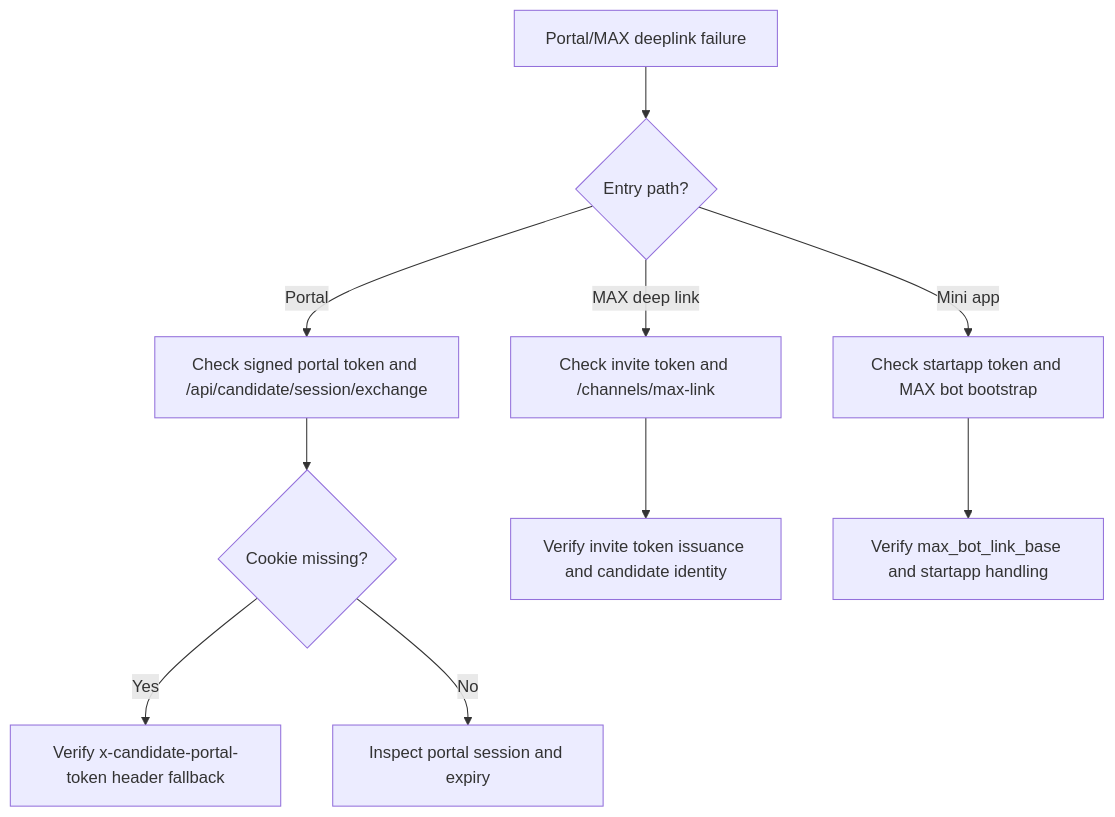
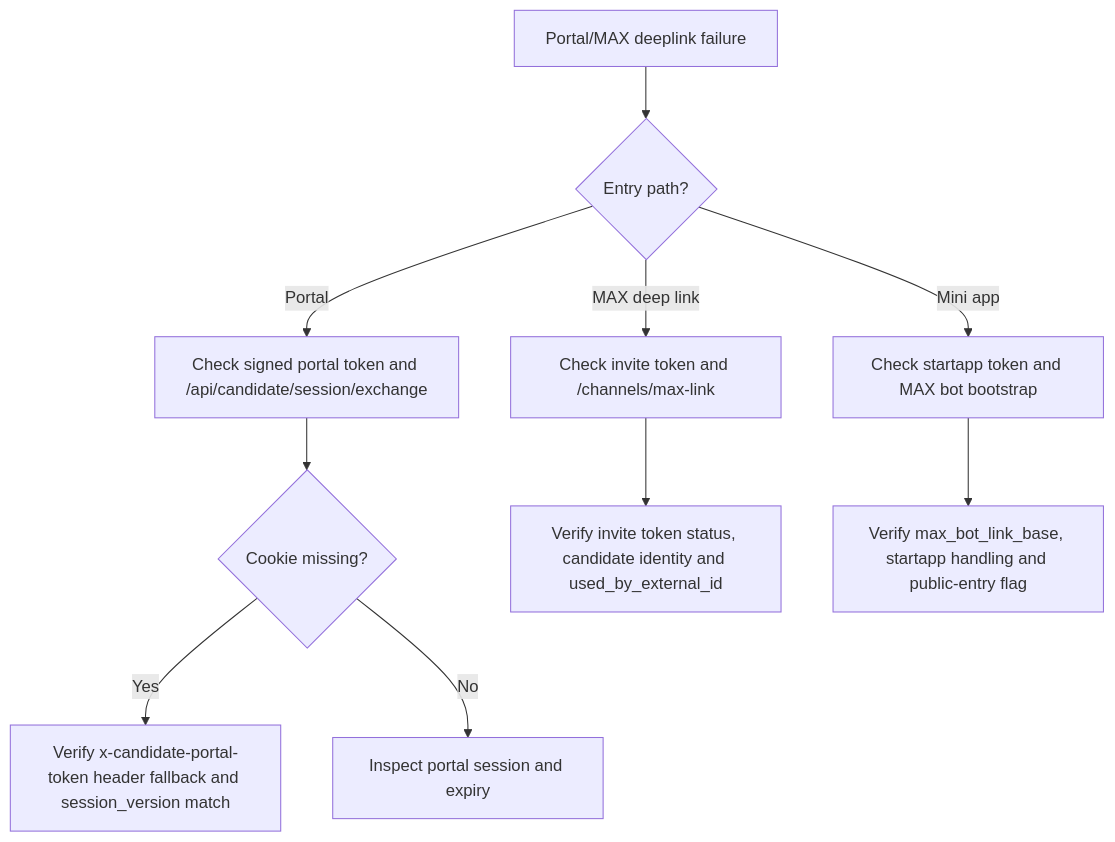
One commit to padka/HR changed the diagram in docs/runbooks/portal-max-deeplink-failure.md. Above: the diagram before and after it, drawn with Mermaid. The commit also changed other lines of this file and 18 other files, not shown here.

````diff
--- a/docs/runbooks/portal-max-deeplink-failure.md
+++ b/docs/runbooks/portal-max-deeplink-failure.md
@@ -55,12 +60,12 @@
 ```mermaid
 flowchart TD
   A["Portal/MAX deeplink failure"] --> B{"Entry path?"}
   B -->|Portal| C["Check signed portal token and /api/candidate/session/exchange"]
   B -->|MAX deep link| D["Check invite token and /channels/max-link"]
   B -->|Mini app| E["Check startapp token and MAX bot bootstrap"]
   C --> F{"Cookie missing?"}
-  F -->|Yes| G["Verify x-candidate-portal-token header fallback"]
+  F -->|Yes| G["Verify x-candidate-portal-token header fallback and session_version match"]
   F -->|No| H["Inspect portal session and expiry"]
-  D --> I["Verify invite token issuance and candidate identity"]
-  E --> J["Verify max_bot_link_base and startapp handling"]
+  D --> I["Verify invite token status, candidate identity and used_by_external_id"]
+  E --> J["Verify max_bot_link_base, startapp handling and public-entry flag"]
 ```
````
